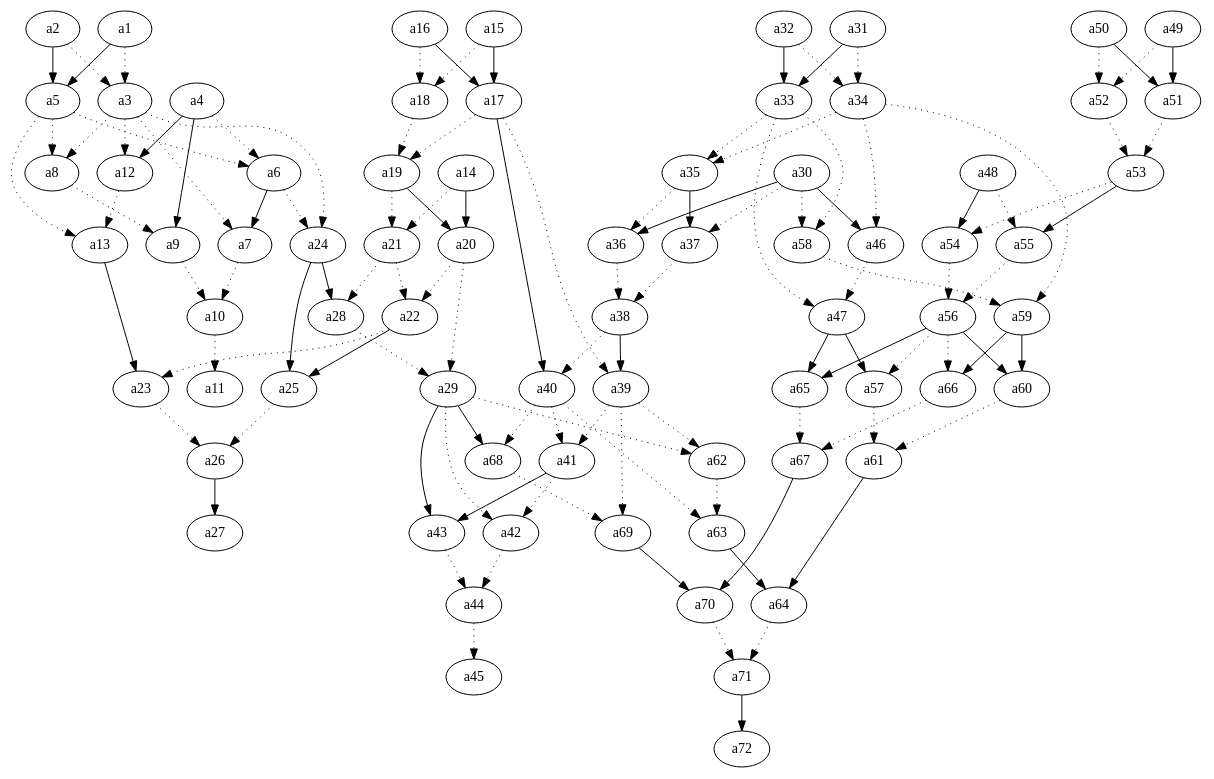
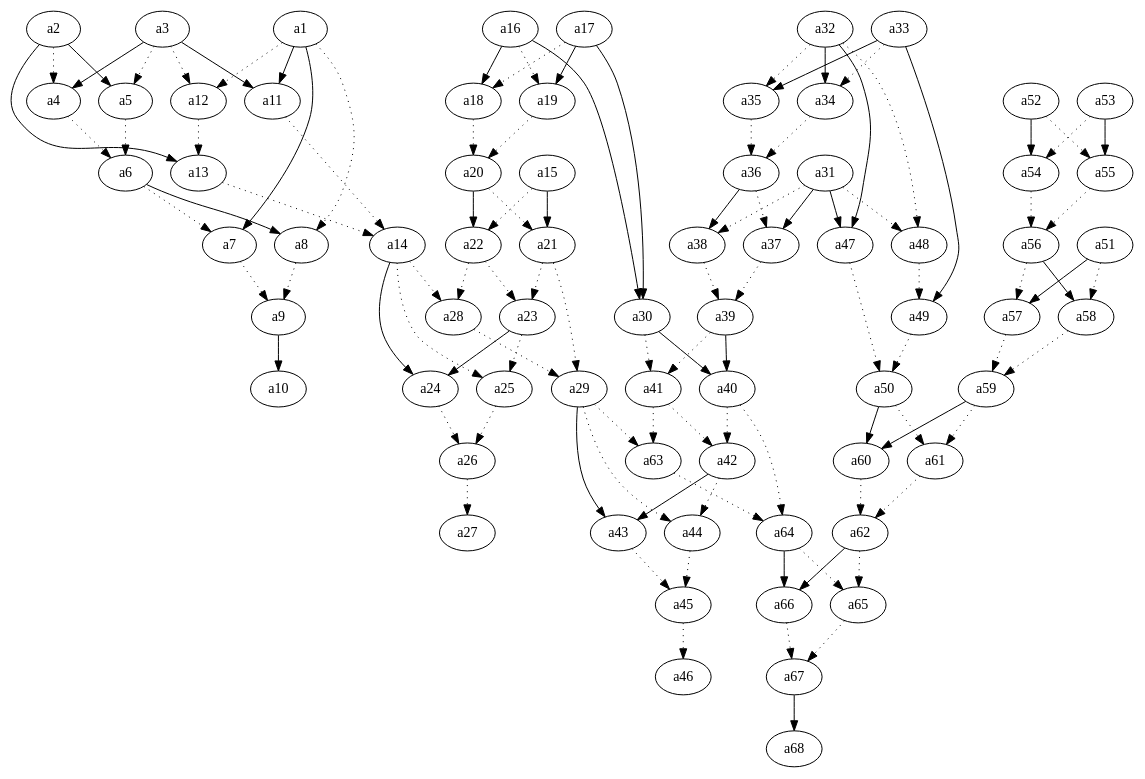
Before and after one commit to gordon0813/LSV-PA: the diagram in test.dot, drawn with Graphviz. The commit also changed 7 other files, not shown here.

```diff
--- a/test.dot
+++ b/test.dot
@@ -1,118 +1,110 @@
 digraph G1 {
- a1 ->  a3[ label=""  ,style=dotted,color= "black"];
- a2 ->  a3[ label=""  ,style=dotted,color= "black"];
- a1 ->  a5[ label="" ,color= "black"];
+ a2 ->  a4[ label=""  ,style=dotted,color= "black"];
+ a3 ->  a4[ label="" ,color= "black"];
  a2 ->  a5[ label="" ,color= "black"];
+ a3 ->  a5[ label=""  ,style=dotted,color= "black"];
  a4 ->  a6[ label=""  ,style=dotted,color= "black"];
  a5 ->  a6[ label=""  ,style=dotted,color= "black"];
- a3 ->  a7[ label=""  ,style=dotted,color= "black"];
- a6 ->  a7[ label="" ,color= "black"];
- a3 ->  a8[ label=""  ,style=dotted,color= "black"];
- a5 ->  a8[ label=""  ,style=dotted,color= "black"];
- a4 ->  a9[ label="" ,color= "black"];
+ a1 ->  a7[ label="" ,color= "black"];
+ a6 ->  a7[ label=""  ,style=dotted,color= "black"];
+ a1 ->  a8[ label=""  ,style=dotted,color= "black"];
+ a6 ->  a8[ label="" ,color= "black"];
+ a7 ->  a9[ label=""  ,style=dotted,color= "black"];
  a8 ->  a9[ label=""  ,style=dotted,color= "black"];
- a7 ->  a10[ label=""  ,style=dotted,color= "black"];
- a9 ->  a10[ label=""  ,style=dotted,color= "black"];
- a10 ->  a11[ label=""  ,style=dotted,color= "black"];
+ a9 ->  a10[ label="" ,color= "black"];
+ a1 ->  a11[ label="" ,color= "black"];
+ a3 ->  a11[ label="" ,color= "black"];
+ a1 ->  a12[ label=""  ,style=dotted,color= "black"];
  a3 ->  a12[ label=""  ,style=dotted,color= "black"];
- a4 ->  a12[ label="" ,color= "black"];
- a5 ->  a13[ label=""  ,style=dotted,color= "black"];
+ a2 ->  a13[ label="" ,color= "black"];
  a12 ->  a13[ label=""  ,style=dotted,color= "black"];
- a15 ->  a17[ label="" ,color= "black"];
- a16 ->  a17[ label="" ,color= "black"];
- a15 ->  a18[ label=""  ,style=dotted,color= "black"];
- a16 ->  a18[ label=""  ,style=dotted,color= "black"];
- a17 ->  a19[ label=""  ,style=dotted,color= "black"];
- a18 ->  a19[ label=""  ,style=dotted,color= "black"];
- a14 ->  a20[ label="" ,color= "black"];
- a19 ->  a20[ label="" ,color= "black"];
- a14 ->  a21[ label=""  ,style=dotted,color= "black"];
- a19 ->  a21[ label=""  ,style=dotted,color= "black"];
- a20 ->  a22[ label=""  ,style=dotted,color= "black"];
- a21 ->  a22[ label=""  ,style=dotted,color= "black"];
- a13 ->  a23[ label="" ,color= "black"];
+ a11 ->  a14[ label=""  ,style=dotted,color= "black"];
+ a13 ->  a14[ label=""  ,style=dotted,color= "black"];
+ a16 ->  a18[ label="" ,color= "black"];
+ a17 ->  a18[ label=""  ,style=dotted,color= "black"];
+ a16 ->  a19[ label=""  ,style=dotted,color= "black"];
+ a17 ->  a19[ label="" ,color= "black"];
+ a18 ->  a20[ label=""  ,style=dotted,color= "black"];
+ a19 ->  a20[ label=""  ,style=dotted,color= "black"];
+ a15 ->  a21[ label="" ,color= "black"];
+ a20 ->  a21[ label=""  ,style=dotted,color= "black"];
+ a15 ->  a22[ label=""  ,style=dotted,color= "black"];
+ a20 ->  a22[ label="" ,color= "black"];
+ a21 ->  a23[ label=""  ,style=dotted,color= "black"];
  a22 ->  a23[ label=""  ,style=dotted,color= "black"];
- a3 ->  a24[ label=""  ,style=dotted,color= "black"];
- a6 ->  a24[ label=""  ,style=dotted,color= "black"];
- a22 ->  a25[ label="" ,color= "black"];
- a24 ->  a25[ label="" ,color= "black"];
- a23 ->  a26[ label=""  ,style=dotted,color= "black"];
+ a14 ->  a24[ label="" ,color= "black"];
+ a23 ->  a24[ label="" ,color= "black"];
+ a14 ->  a25[ label=""  ,style=dotted,color= "black"];
+ a23 ->  a25[ label=""  ,style=dotted,color= "black"];
+ a24 ->  a26[ label=""  ,style=dotted,color= "black"];
  a25 ->  a26[ label=""  ,style=dotted,color= "black"];
- a26 ->  a27[ label="" ,color= "black"];
- a21 ->  a28[ label=""  ,style=dotted,color= "black"];
- a24 ->  a28[ label="" ,color= "black"];
- a20 ->  a29[ label=""  ,style=dotted,color= "black"];
+ a26 ->  a27[ label=""  ,style=dotted,color= "black"];
+ a14 ->  a28[ label=""  ,style=dotted,color= "black"];
+ a22 ->  a28[ label=""  ,style=dotted,color= "black"];
+ a21 ->  a29[ label=""  ,style=dotted,color= "black"];
  a28 ->  a29[ label=""  ,style=dotted,color= "black"];
- a31 ->  a33[ label="" ,color= "black"];
- a32 ->  a33[ label="" ,color= "black"];
- a31 ->  a34[ label=""  ,style=dotted,color= "black"];
- a32 ->  a34[ label=""  ,style=dotted,color= "black"];
- a33 ->  a35[ label=""  ,style=dotted,color= "black"];
- a34 ->  a35[ label=""  ,style=dotted,color= "black"];
- a30 ->  a36[ label="" ,color= "black"];
+ a16 ->  a30[ label="" ,color= "black"];
+ a17 ->  a30[ label="" ,color= "black"];
+ a32 ->  a34[ label="" ,color= "black"];
+ a33 ->  a34[ label=""  ,style=dotted,color= "black"];
+ a32 ->  a35[ label=""  ,style=dotted,color= "black"];
+ a33 ->  a35[ label="" ,color= "black"];
+ a34 ->  a36[ label=""  ,style=dotted,color= "black"];
  a35 ->  a36[ label=""  ,style=dotted,color= "black"];
- a30 ->  a37[ label=""  ,style=dotted,color= "black"];
- a35 ->  a37[ label="" ,color= "black"];
- a36 ->  a38[ label=""  ,style=dotted,color= "black"];
- a37 ->  a38[ label=""  ,style=dotted,color= "black"];
- a17 ->  a39[ label=""  ,style=dotted,color= "black"];
- a38 ->  a39[ label="" ,color= "black"];
- a17 ->  a40[ label="" ,color= "black"];
- a38 ->  a40[ label=""  ,style=dotted,color= "black"];
+ a31 ->  a37[ label="" ,color= "black"];
+ a36 ->  a37[ label=""  ,style=dotted,color= "black"];
+ a31 ->  a38[ label=""  ,style=dotted,color= "black"];
+ a36 ->  a38[ label="" ,color= "black"];
+ a37 ->  a39[ label=""  ,style=dotted,color= "black"];
+ a38 ->  a39[ label=""  ,style=dotted,color= "black"];
+ a30 ->  a40[ label="" ,color= "black"];
+ a39 ->  a40[ label="" ,color= "black"];
+ a30 ->  a41[ label=""  ,style=dotted,color= "black"];
  a39 ->  a41[ label=""  ,style=dotted,color= "black"];
- a40 ->  a41[ label=""  ,style=dotted,color= "black"];
- a29 ->  a42[ label=""  ,style=dotted,color= "black"];
+ a40 ->  a42[ label=""  ,style=dotted,color= "black"];
  a41 ->  a42[ label=""  ,style=dotted,color= "black"];
  a29 ->  a43[ label="" ,color= "black"];
- a41 ->  a43[ label="" ,color= "black"];
+ a42 ->  a43[ label="" ,color= "black"];
+ a29 ->  a44[ label=""  ,style=dotted,color= "black"];
  a42 ->  a44[ label=""  ,style=dotted,color= "black"];
- a43 ->  a44[ label=""  ,style=dotted,color= "black"];
+ a43 ->  a45[ label=""  ,style=dotted,color= "black"];
  a44 ->  a45[ label=""  ,style=dotted,color= "black"];
- a30 ->  a46[ label="" ,color= "black"];
- a34 ->  a46[ label=""  ,style=dotted,color= "black"];
- a33 ->  a47[ label=""  ,style=dotted,color= "black"];
- a46 ->  a47[ label=""  ,style=dotted,color= "black"];
- a49 ->  a51[ label="" ,color= "black"];
- a50 ->  a51[ label="" ,color= "black"];
- a49 ->  a52[ label=""  ,style=dotted,color= "black"];
- a50 ->  a52[ label=""  ,style=dotted,color= "black"];
- a51 ->  a53[ label=""  ,style=dotted,color= "black"];
- a52 ->  a53[ label=""  ,style=dotted,color= "black"];
- a48 ->  a54[ label="" ,color= "black"];
+ a45 ->  a46[ label=""  ,style=dotted,color= "black"];
+ a31 ->  a47[ label="" ,color= "black"];
+ a32 ->  a47[ label="" ,color= "black"];
+ a31 ->  a48[ label=""  ,style=dotted,color= "black"];
+ a32 ->  a48[ label=""  ,style=dotted,color= "black"];
+ a33 ->  a49[ label="" ,color= "black"];
+ a48 ->  a49[ label=""  ,style=dotted,color= "black"];
+ a47 ->  a50[ label=""  ,style=dotted,color= "black"];
+ a49 ->  a50[ label=""  ,style=dotted,color= "black"];
+ a52 ->  a54[ label="" ,color= "black"];
  a53 ->  a54[ label=""  ,style=dotted,color= "black"];
- a48 ->  a55[ label=""  ,style=dotted,color= "black"];
+ a52 ->  a55[ label=""  ,style=dotted,color= "black"];
  a53 ->  a55[ label="" ,color= "black"];
  a54 ->  a56[ label=""  ,style=dotted,color= "black"];
  a55 ->  a56[ label=""  ,style=dotted,color= "black"];
- a47 ->  a57[ label="" ,color= "black"];
+ a51 ->  a57[ label="" ,color= "black"];
  a56 ->  a57[ label=""  ,style=dotted,color= "black"];
- a30 ->  a58[ label=""  ,style=dotted,color= "black"];
- a33 ->  a58[ label=""  ,style=dotted,color= "black"];
- a34 ->  a59[ label=""  ,style=dotted,color= "black"];
+ a51 ->  a58[ label=""  ,style=dotted,color= "black"];
+ a56 ->  a58[ label="" ,color= "black"];
+ a57 ->  a59[ label=""  ,style=dotted,color= "black"];
  a58 ->  a59[ label=""  ,style=dotted,color= "black"];
- a56 ->  a60[ label="" ,color= "black"];
+ a50 ->  a60[ label="" ,color= "black"];
  a59 ->  a60[ label="" ,color= "black"];
- a57 ->  a61[ label=""  ,style=dotted,color= "black"];
- a60 ->  a61[ label=""  ,style=dotted,color= "black"];
- a29 ->  a62[ label=""  ,style=dotted,color= "black"];
- a39 ->  a62[ label=""  ,style=dotted,color= "black"];
- a40 ->  a63[ label=""  ,style=dotted,color= "black"];
- a62 ->  a63[ label=""  ,style=dotted,color= "black"];
- a61 ->  a64[ label="" ,color= "black"];
- a63 ->  a64[ label="" ,color= "black"];
- a47 ->  a65[ label="" ,color= "black"];
- a56 ->  a65[ label="" ,color= "black"];
- a56 ->  a66[ label=""  ,style=dotted,color= "black"];
- a59 ->  a66[ label="" ,color= "black"];
+ a50 ->  a61[ label=""  ,style=dotted,color= "black"];
+ a59 ->  a61[ label=""  ,style=dotted,color= "black"];
+ a60 ->  a62[ label=""  ,style=dotted,color= "black"];
+ a61 ->  a62[ label=""  ,style=dotted,color= "black"];
+ a29 ->  a63[ label=""  ,style=dotted,color= "black"];
+ a41 ->  a63[ label=""  ,style=dotted,color= "black"];
+ a40 ->  a64[ label=""  ,style=dotted,color= "black"];
+ a63 ->  a64[ label=""  ,style=dotted,color= "black"];
+ a62 ->  a65[ label=""  ,style=dotted,color= "black"];
+ a64 ->  a65[ label=""  ,style=dotted,color= "black"];
+ a62 ->  a66[ label="" ,color= "black"];
+ a64 ->  a66[ label="" ,color= "black"];
  a65 ->  a67[ label=""  ,style=dotted,color= "black"];
  a66 ->  a67[ label=""  ,style=dotted,color= "black"];
- a29 ->  a68[ label="" ,color= "black"];
- a40 ->  a68[ label=""  ,style=dotted,color= "black"];
- a39 ->  a69[ label=""  ,style=dotted,color= "black"];
- a68 ->  a69[ label=""  ,style=dotted,color= "black"];
- a67 ->  a70[ label="" ,color= "black"];
- a69 ->  a70[ label="" ,color= "black"];
- a64 ->  a71[ label=""  ,style=dotted,color= "black"];
- a70 ->  a71[ label=""  ,style=dotted,color= "black"];
- a71 ->  a72[ label="" ,color= "black"];
+ a67 ->  a68[ label="" ,color= "black"];
 }
```
